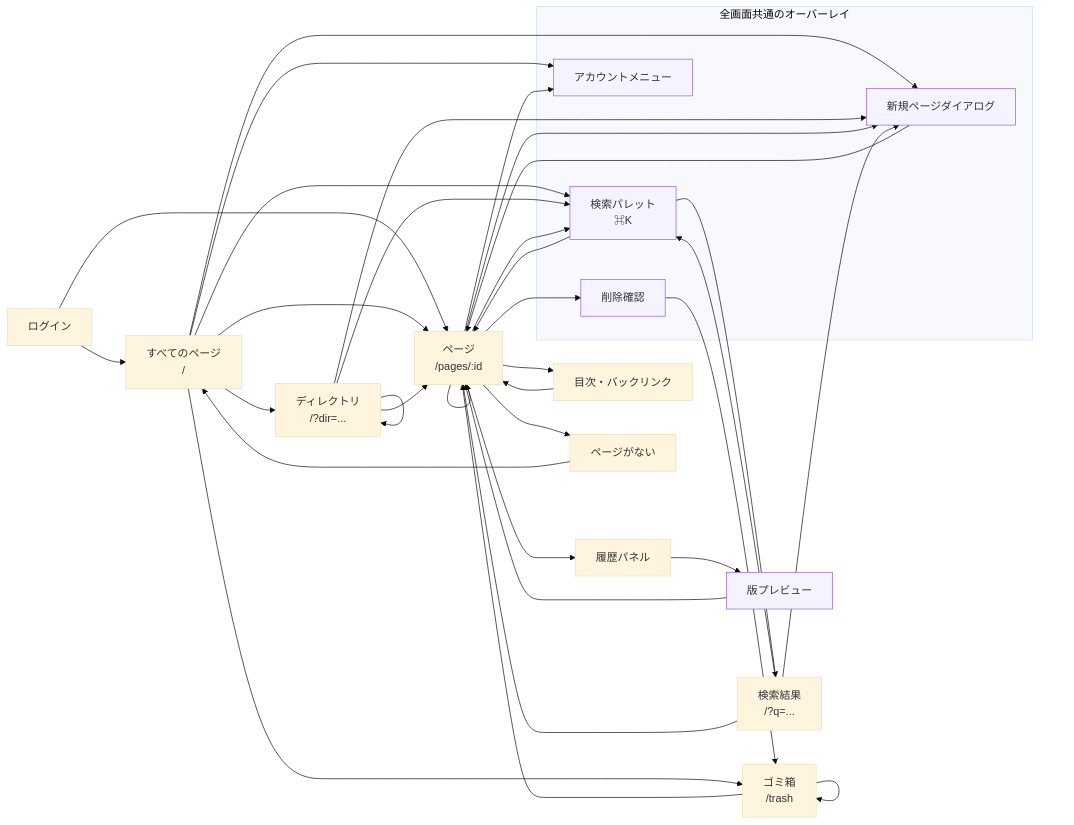
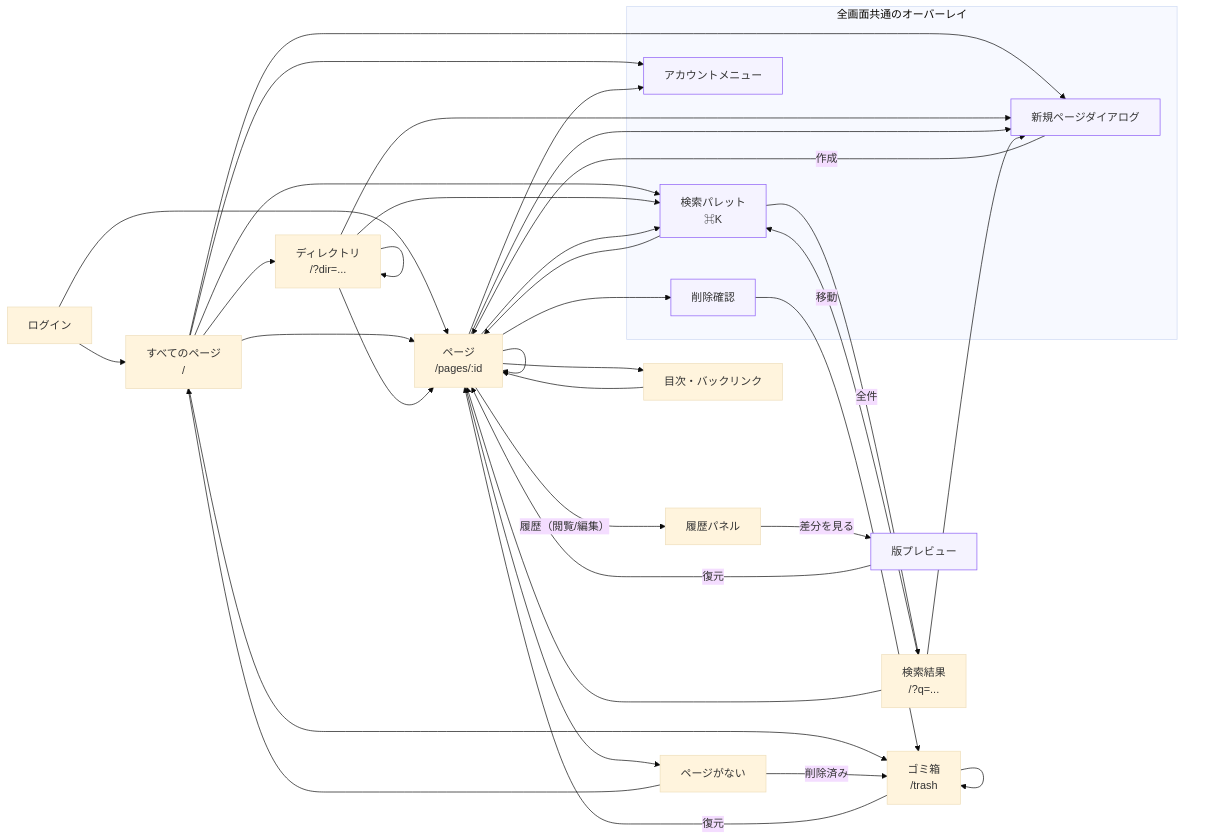
Before and after one commit to Zli-UoA/zeee: the diagram in docs/ia/04-view-relationships.md, drawn with Mermaid (base theme). The commit also changed other lines of this file and 7 other files, not shown here.

````diff
--- a/docs/ia/04-view-relationships.md
+++ b/docs/ia/04-view-relationships.md
@@ -29,62 +29,63 @@
 ```mermaid
 flowchart LR
   Login["ログイン"]
   All["すべてのページ<br/>/"]
   Dir["ディレクトリ<br/>/?dir=..."]
   Page["ページ<br/>/pages/:id"]
   Results["検索結果<br/>/?q=..."]
   Trash["ゴミ箱<br/>/trash"]
   History["履歴パネル"]
   Preview["版プレビュー"]
   Side["目次・バックリンク"]
   NotFound["ページがない"]
 
   subgraph Overlay["全画面共通のオーバーレイ"]
     Search["検索パレット<br/>⌘K"]
     Create["新規ページダイアログ"]
     Account["アカウントメニュー"]
     Delete["削除確認"]
   end
 
   Login --> All
   Login --> Page
   All --> Dir
   All --> Page
   All --> Trash
   All --> Search
   All --> Create
   All --> Account
 
   Dir --> Dir
   Dir --> Page
   Dir --> Search
   Dir --> Create
 
   Page --> Page
-  Page --> History
+  Page -->|"履歴（閲覧/編集）"| History
   Page --> Side
   Page --> Search
   Page --> Create
   Page --> Delete
   Page --> NotFound
   Page --> Account
 
-  History --> Preview
-  Preview --> Page
+  History -->|"差分を見る"| Preview
+  Preview -->|"復元"| Page
   Side --> Page
 
   Search --> Page
-  Search --> Results
+  Search -->|"全件"| Results
   Results --> Page
   Results --> Create
   Results --> Search
 
-  Create --> Page
-  Delete --> Trash
-  Trash --> Page
+  Create -->|"作成"| Page
+  Delete -->|"移動"| Trash
+  Trash -->|"復元"| Page
   Trash --> Trash
   NotFound --> All
+  NotFound -->|"削除済み"| Trash
 
   classDef overlay fill:#f5f3ff,stroke:#8b5cf6,stroke-width:1px
   class Search,Create,Account,Delete,Preview overlay
 ```
````
